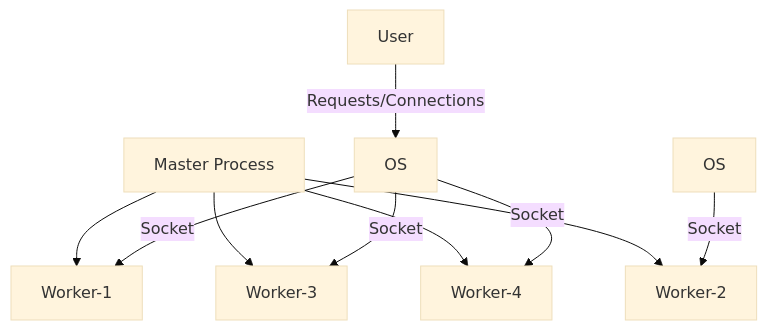
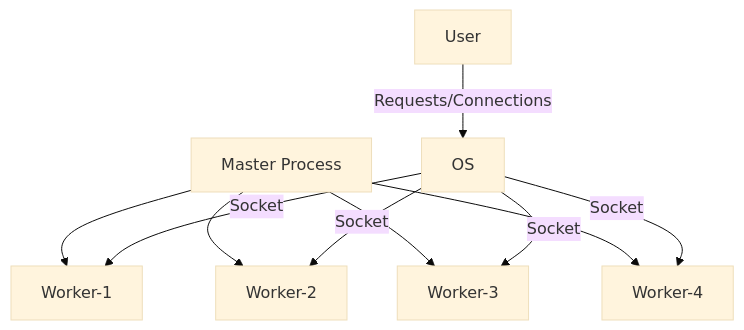
The diagram in Web-Server/Nginx/Nginx_cs.md (apakhbari/CheatSheets), drawn with Mermaid (base theme) before and after one commit.

Commit message:
updated graph

````diff
--- a/Web-Server/Nginx/Nginx_cs.md
+++ b/Web-Server/Nginx/Nginx_cs.md
@@ -37,12 +37,12 @@
 ```mermaid
 graph TD;
 A[Master Process]-->B[Worker-1];
 A[Master Process]-->C[Worker-2];
 A[Master Process]-->D[Worker-3];
 A[Master Process]-->F[Worker-4];
 G[OS]-- Socket -->B[Worker-1];
-CG[OS]-- Socket -->C[Worker-2];
+G[OS]-- Socket -->C[Worker-2];
 G[OS]-- Socket -->D[Worker-3];
 G[OS]-- Socket -->F[Worker-4];
 H[User]-- Requests/Connections --> G[OS] ;
 ```
````
